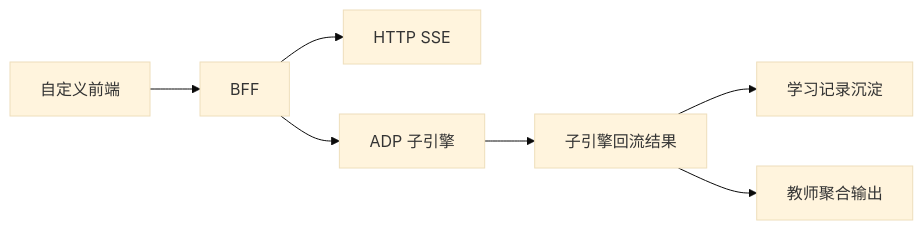
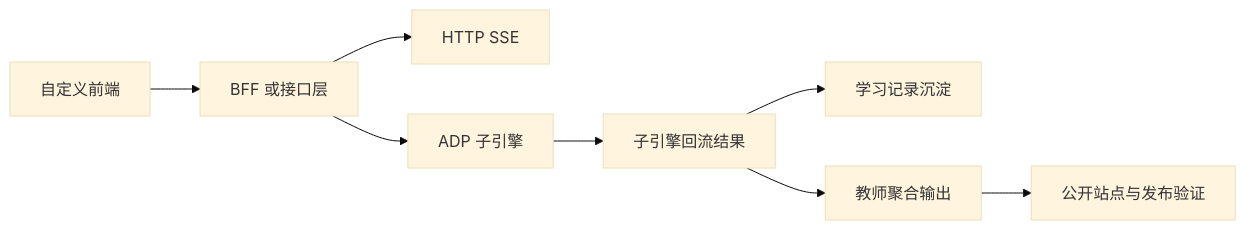
The diagram in doc/智能体文档/子引擎层/实施附录/03-P2-外部接入与产品后端-架构设计.md (chenqsq/doc-showcase), drawn with Mermaid (base theme) before and after one commit. The commit also changed other lines of this file and 6 other files, not shown here.

````diff
--- a/doc/智能体文档/子引擎层/实施附录/03-P2-外部接入与产品后端-架构设计.md
+++ b/doc/智能体文档/子引擎层/实施附录/03-P2-外部接入与产品后端-架构设计.md
@@ -60,9 +74,10 @@
 ```mermaid
 flowchart LR
-    A[自定义前端] --> B[BFF]
+    A[自定义前端] --> B[BFF 或接口层]
     B --> C[HTTP SSE]
     B --> D[ADP 子引擎]
     D --> E[子引擎回流结果]
     E --> F[学习记录沉淀]
     E --> G[教师聚合输出]
+    G --> H[公开站点与发布验证]
 ```
````
